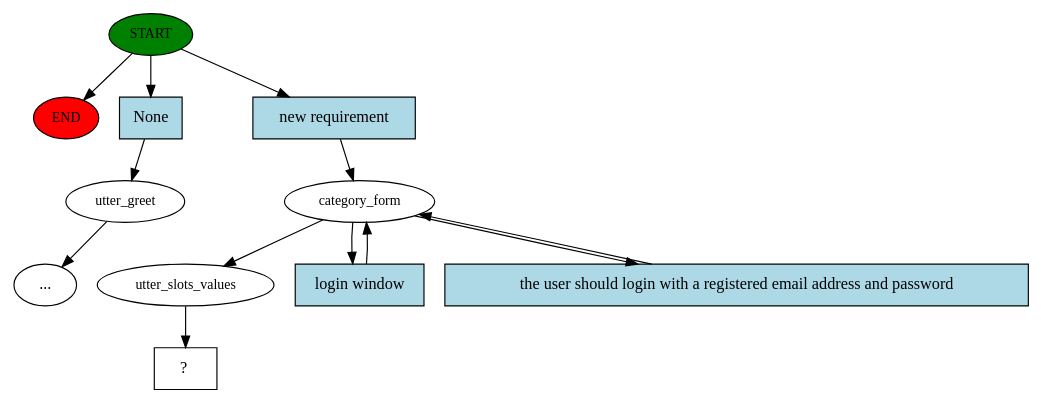
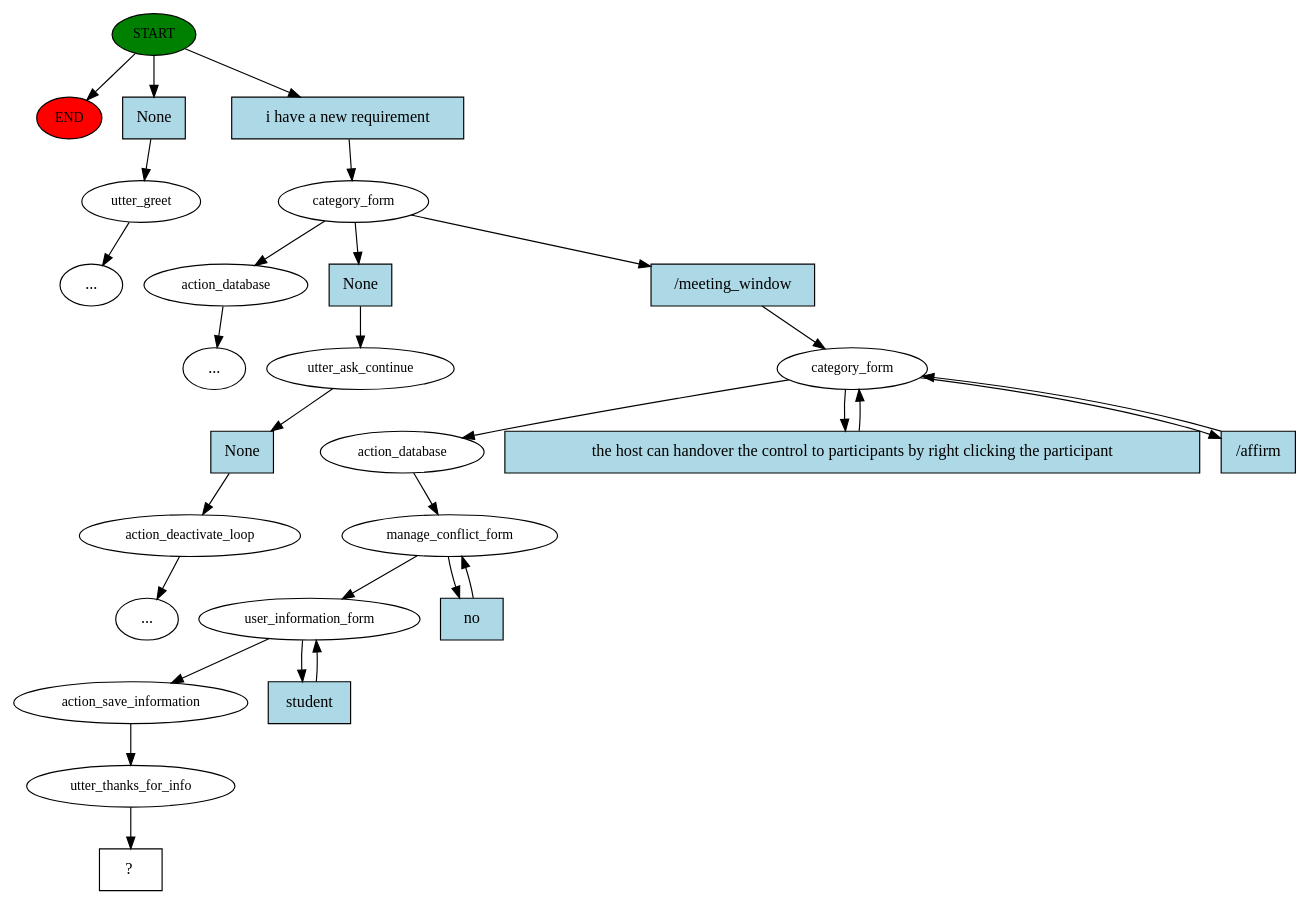
One commit to JesBec/prototype_conflict_chatbot changed the diagram in story_graph.dot. Above: the diagram before and after it, drawn with Graphviz. The commit also changed 40 other files, not shown here.

```diff
--- a/story_graph.dot
+++ b/story_graph.dot
@@ -1,25 +1,57 @@
 digraph  {
 0 [class="start active", fillcolor=green, fontsize=12, label=START, style=filled];
 "-1" [class=end, fillcolor=red, fontsize=12, label=END, style=filled];
 1 [class="", fontsize=12, label=utter_greet];
 "-5" [class=ellipsis, label="..."];
 4 [class=active, fontsize=12, label=category_form];
-7 [class=active, fontsize=12, label=utter_slots_values];
-8 [class="intent dashed active", label="  ?  ", shape=rect];
-9 [class=intent, fillcolor=lightblue, label=None, shape=rect, style=filled];
-10 [class="intent active", fillcolor=lightblue, label="new requirement", shape=rect, style=filled];
-11 [class="intent active", fillcolor=lightblue, label="login window", shape=rect, style=filled];
-12 [class="intent active", fillcolor=lightblue, label="the user should login with a registered email address and password", shape=rect, style=filled];
+5 [class="", fontsize=12, label=utter_ask_continue];
+6 [class="", fontsize=12, label=action_deactivate_loop];
+"-6" [class=ellipsis, label="..."];
+8 [class="", fontsize=12, label=action_database];
+"-7" [class=ellipsis, label="..."];
+10 [class=active, fontsize=12, label=category_form];
+13 [class=active, fontsize=12, label=action_database];
+14 [class=active, fontsize=12, label=manage_conflict_form];
+16 [class=active, fontsize=12, label=user_information_form];
+21 [class=active, fontsize=12, label=action_save_information];
+22 [class=active, fontsize=12, label=utter_thanks_for_info];
+23 [class="intent dashed active", label="  ?  ", shape=rect];
+24 [class=intent, fillcolor=lightblue, label=None, shape=rect, style=filled];
+25 [class="intent active", fillcolor=lightblue, label="i have a new requirement", shape=rect, style=filled];
+26 [class=intent, fillcolor=lightblue, label=None, shape=rect, style=filled];
+27 [class="intent active", fillcolor=lightblue, label="/meeting_window", shape=rect, style=filled];
+28 [class=intent, fillcolor=lightblue, label=None, shape=rect, style=filled];
+29 [class="intent active", fillcolor=lightblue, label="the host can handover the control to participants by right clicking the participant", shape=rect, style=filled];
+30 [class="intent active", fillcolor=lightblue, label="/affirm", shape=rect, style=filled];
+31 [class="intent active", fillcolor=lightblue, label=no, shape=rect, style=filled];
+32 [class="intent active", fillcolor=lightblue, label=student, shape=rect, style=filled];
 0 -> "-1"  [class="", key=NONE, label=""];
-0 -> 9  [class="", key=0];
-0 -> 10  [class=active, key=0];
+0 -> 24  [class="", key=0];
+0 -> 25  [class=active, key=0];
 1 -> "-5"  [class="", key=NONE, label=""];
-4 -> 7  [class=active, key=NONE, label=""];
-4 -> 11  [class=active, key=0];
-4 -> 12  [class=active, key=0];
-7 -> 8  [class=active, key=NONE, label=""];
-9 -> 1  [class="", key=0];
-10 -> 4  [class=active, key=0];
-11 -> 4  [class=active, key=0];
-12 -> 4  [class=active, key=0];
+4 -> 8  [class="", key=NONE, label=""];
+4 -> 26  [class="", key=0];
+4 -> 27  [class=active, key=0];
+5 -> 28  [class="", key=0];
+6 -> "-6"  [class="", key=NONE, label=""];
+8 -> "-7"  [class="", key=NONE, label=""];
+10 -> 13  [class=active, key=NONE, label=""];
+10 -> 29  [class=active, key=0];
+10 -> 30  [class=active, key=0];
+13 -> 14  [class=active, key=NONE, label=""];
+14 -> 16  [class=active, key=NONE, label=""];
+14 -> 31  [class=active, key=0];
+16 -> 21  [class=active, key=NONE, label=""];
+16 -> 32  [class=active, key=0];
+21 -> 22  [class=active, key=NONE, label=""];
+22 -> 23  [class=active, key=NONE, label=""];
+24 -> 1  [class="", key=0];
+25 -> 4  [class=active, key=0];
+26 -> 5  [class="", key=0];
+27 -> 10  [class=active, key=0];
+28 -> 6  [class="", key=0];
+29 -> 10  [class=active, key=0];
+30 -> 10  [class=active, key=0];
+31 -> 14  [class=active, key=0];
+32 -> 16  [class=active, key=0];
 }
```
